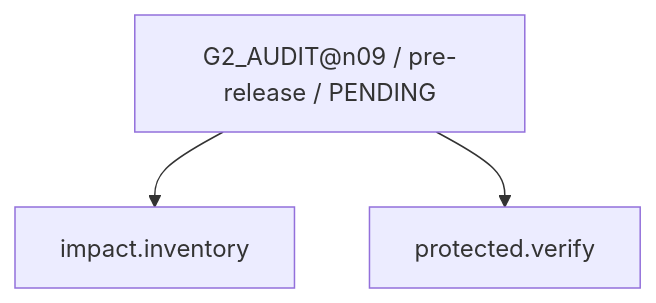
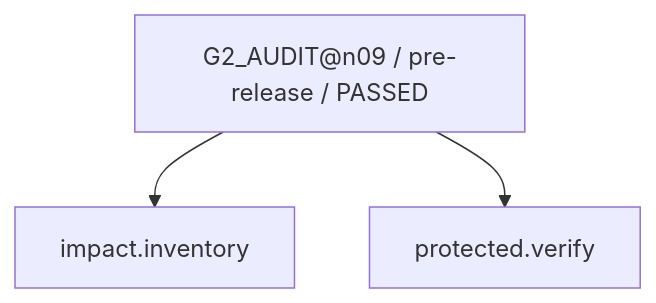
One commit to rrikunagasige-dot/kyotsu-step-web changed diagram 21 of 30 in work/items/W-MATH-035-choice-order-factor-audit/generated/CAPABILITY_FIRE_DIAGRAM.md. Above: the diagram before and after it, drawn with Mermaid. The commit also changed other lines of this file and 133 other files, not shown here.

````diff
--- a/work/items/W-MATH-035-choice-order-factor-audit/generated/CAPABILITY_FIRE_DIAGRAM.md
+++ b/work/items/W-MATH-035-choice-order-factor-audit/generated/CAPABILITY_FIRE_DIAGRAM.md
@@ -341,8 +341,8 @@
 ```mermaid
 flowchart TD
-  N0["G2_AUDIT@n09 / pre-release / PENDING"]
+  N0["G2_AUDIT@n09 / pre-release / PASSED"]
   N1["protected.verify"]
   N2["impact.inventory"]
   N0 --> N2
   N0 --> N1
 ```
````
